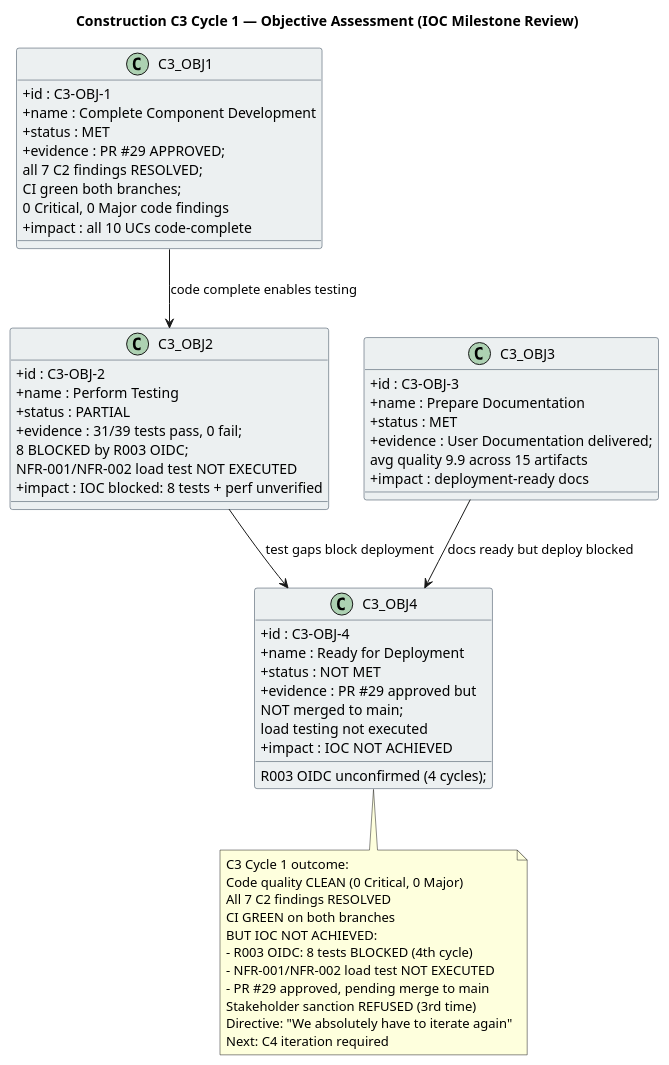
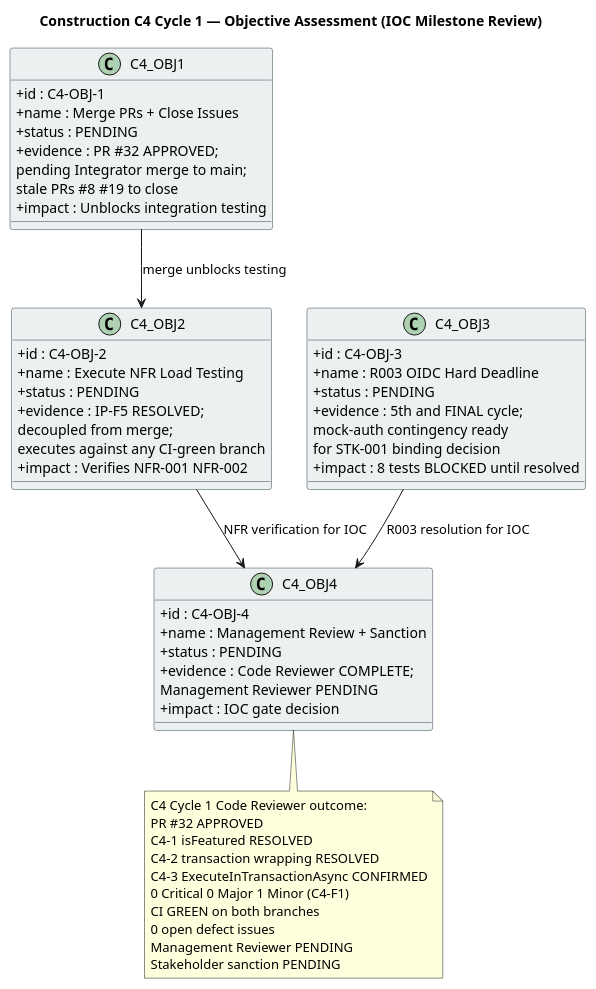
Before and after one commit to banense-test/portal-cuba-corp: the diagram in docs/artifacts/project-management/iteration-assessment.md, drawn with PlantUML. The commit also changed other lines of this file, not shown here.

First line of the commit message:
Project Manager [C4]: upsert Iteration Assessment

````diff
--- a/docs/artifacts/project-management/iteration-assessment.md
+++ b/docs/artifacts/project-management/iteration-assessment.md
@@ -24,69 +24,66 @@
 ```plantuml
 @startuml
-title Construction C3 Cycle 1 — Objective Assessment (IOC Milestone Review)
+title Construction C4 Cycle 1 — Objective Assessment (IOC Milestone Review)
 
 skinparam classBorderColor #2C3E50
 skinparam classBackgroundColor #ECF0F1
 skinparam classAttributeIconSize 0
 
-class C3_OBJ1 {
-  + id : C3-OBJ-1
-  + name : Complete Component Development
-  + status : MET
-  + evidence : PR #29 APPROVED;
-    all 7 C2 findings RESOLVED;
-    CI green both branches;
-    0 Critical, 0 Major code findings
-  + impact : all 10 UCs code-complete
+class C4_OBJ1 {
+  + id : C4-OBJ-1
+  + name : Merge PRs + Close Issues
+  + status : PENDING
+  + evidence : PR #32 APPROVED;
+    pending Integrator merge to main;
+    stale PRs #8 #19 to close
+  + impact : Unblocks integration testing
 }
 
-class C3_OBJ2 {
-  + id : C3-OBJ-2
-  + name : Perform Testing
-  + status : PARTIAL
-  + evidence : 31/39 tests pass, 0 fail;
-    8 BLOCKED by R003 OIDC;
-    NFR-001/NFR-002 load test NOT EXECUTED
-  + impact : IOC blocked: 8 tests + perf unverified
+class C4_OBJ2 {
+  + id : C4-OBJ-2
+  + name : Execute NFR Load Testing
+  + status : PENDING
+  + evidence : IP-F5 RESOLVED;
+    decoupled from merge;
+    executes against any CI-green branch
+  + impact : Verifies NFR-001 NFR-002
 }
 
-class C3_OBJ3 {
-  + id : C3-OBJ-3
-  + name : Prepare Documentation
-  + status : MET
-  + evidence : User Documentation delivered;
-    avg quality 9.9 across 15 artifacts
-  + impact : deployment-ready docs
+class C4_OBJ3 {
+  + id : C4-OBJ-3
+  + name : R003 OIDC Hard Deadline
+  + status : PENDING
+  + evidence : 5th and FINAL cycle;
+    mock-auth contingency ready
+    for STK-001 binding decision
+  + impact : 8 tests BLOCKED until resolved
 }
 
-class C3_OBJ4 {
-  + id : C3-OBJ-4
-  + name : Ready for Deployment
-  + status : NOT MET
-  + evidence : PR #29 approved but
-    NOT merged to main;
-    R003 OIDC unconfirmed (4 cycles);
-    load testing not executed
-  + impact : IOC NOT ACHIEVED
+class C4_OBJ4 {
+  + id : C4-OBJ-4
+  + name : Management Review + Sanction
+  + status : PENDING
+  + evidence : Code Reviewer COMPLETE;
+    Management Reviewer PENDING
+  + impact : IOC gate decision
 }
 
-C3_OBJ1 --> C3_OBJ2 : code complete enables testing
-C3_OBJ2 --> C3_OBJ4 : test gaps block deployment
-C3_OBJ3 --> C3_OBJ4 : docs ready but deploy blocked
+C4_OBJ1 --> C4_OBJ2 : merge unblocks testing
+C4_OBJ2 --> C4_OBJ4 : NFR verification for IOC
+C4_OBJ3 --> C4_OBJ4 : R003 resolution for IOC
 
-note bottom of C3_OBJ4
-  C3 Cycle 1 outcome:
-  Code quality CLEAN (0 Critical, 0 Major)
-  All 7 C2 findings RESOLVED
+note bottom of C4_OBJ4
+  C4 Cycle 1 Code Reviewer outcome:
+  PR #32 APPROVED
+  C4-1 isFeatured RESOLVED
+  C4-2 transaction wrapping RESOLVED
+  C4-3 ExecuteInTransactionAsync CONFIRMED
+  0 Critical 0 Major 1 Minor (C4-F1)
   CI GREEN on both branches
-  BUT IOC NOT ACHIEVED:
-  - R003 OIDC: 8 tests BLOCKED (4th cycle)
-  - NFR-001/NFR-002 load test NOT EXECUTED
-  - PR #29 approved, pending merge to main
-  Stakeholder sanction REFUSED (3rd time)
-  Directive: "We absolutely have to iterate again"
-  Next: C4 iteration required
+  0 open defect issues
+  Management Reviewer PENDING
+  Stakeholder sanction PENDING
 end note
 
 @enduml
 ```
````
